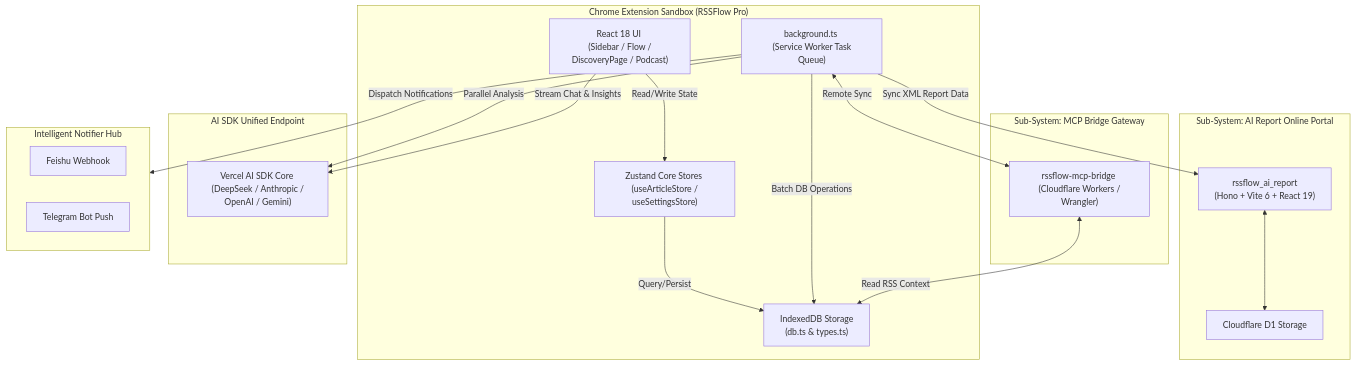
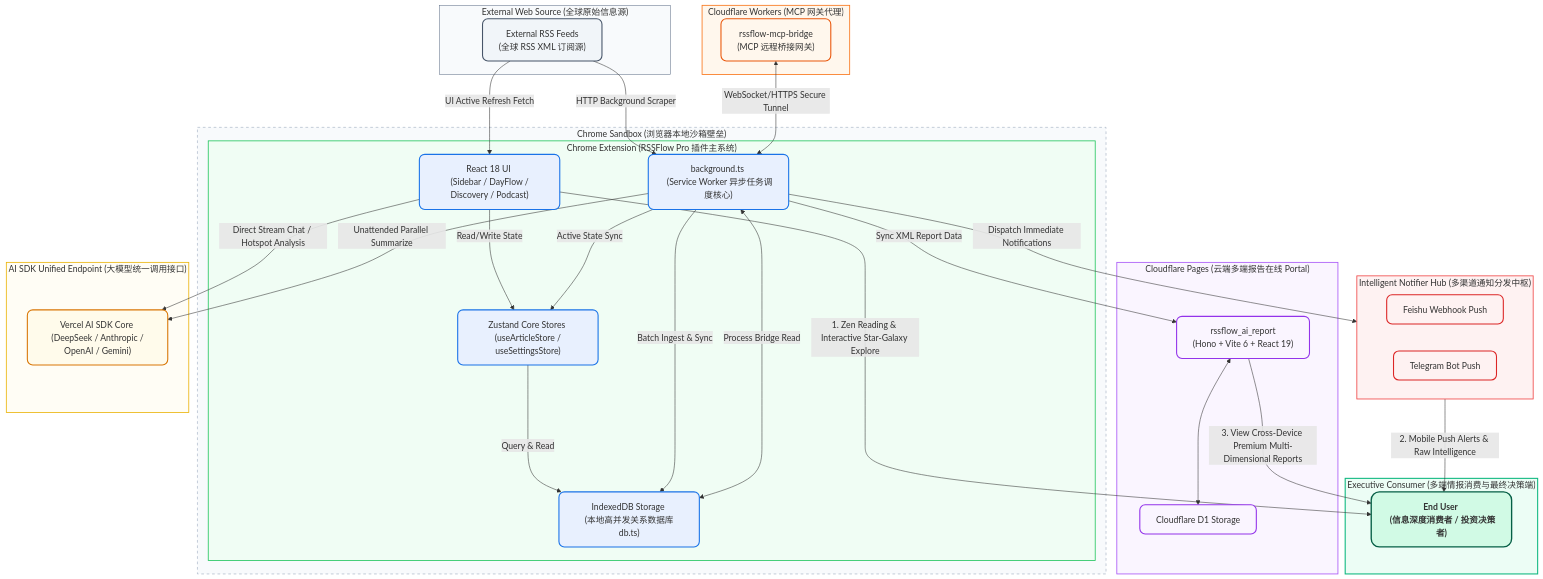
Before and after one commit to Pizone-ai/RSSFlow-doc: the diagram in docs/readme.md, drawn with Mermaid. The commit also changed other lines of this file, not shown here.

````diff
--- a/docs/readme.md
+++ b/docs/readme.md
@@ -56,38 +56,97 @@
 ```mermaid
 graph TD
-    subgraph Chrome_Sandbox ["Chrome Extension Sandbox (RSSFlow Pro)"]
-        UI["React 18 UI <br> (Sidebar / Flow / DiscoveryPage / Podcast)"]
-        Zustand["Zustand Core Stores <br> (useArticleStore / useSettingsStore)"]
-        Background["background.ts <br> (Service Worker Task Queue)"]
-        DB["IndexedDB Storage <br> (db.ts & types.ts)"]
+    subgraph Browser_Sandbox ["Chrome Sandbox (浏览器本地沙箱壁垒)"]
+        subgraph Chrome_Sandbox ["Chrome Extension (RSSFlow Pro 插件主系统)"]
+            UI["React 18 UI <br> (Sidebar / DayFlow / Discovery / Podcast)"]
+            Zustand["Zustand Core Stores <br> (useArticleStore / useSettingsStore)"]
+            Background["background.ts <br> (Service Worker 异步任务调度核心)"]
+            DB["IndexedDB Storage <br> (本地高并发关系数据库 db.ts)"]
+        end
     end
 
-    subgraph Report_Portal ["Sub-System: AI Report Online Portal"]
+    subgraph Report_Portal ["Cloudflare Pages (云端多端报告在线 Portal)"]
         HonoPortal["rssflow_ai_report <br> (Hono + Vite 6 + React 19)"]
         D1DB["Cloudflare D1 Storage"]
         HonoPortal <--> D1DB
     end
 
-    subgraph External_Gateway ["Sub-System: MCP Bridge Gateway"]
-        Wrangler["rssflow-mcp-bridge <br> (Cloudflare Workers / Wrangler)"]
+    subgraph External_Gateway ["Cloudflare Workers (MCP 网关代理)"]
+        Wrangler["rssflow-mcp-bridge <br> (MCP 远程桥接网关)"]
     end
 
-    subgraph LLM_Cloud ["AI SDK Unified Endpoint"]
+    subgraph LLM_Cloud ["AI SDK Unified Endpoint (大模型统一调用接口)"]
         AISDK["Vercel AI SDK Core <br> (DeepSeek / Anthropic / OpenAI / Gemini)"]
     end
 
-    subgraph Outbound_Push ["Intelligent Notifier Hub"]
-        Feishu["Feishu Webhook"]
+    subgraph Outbound_Push ["Intelligent Notifier Hub (多渠道通知分发中枢)"]
+        Feishu["Feishu Webhook Push"]
         Telegram["Telegram Bot Push"]
     end
 
+    subgraph External_Web ["External Web Source (全球原始信息源)"]
+        RSS_Feeds["External RSS Feeds <br> (全球 RSS XML 订阅源)"]
+    end
+
+    subgraph Executive_Consumer ["Executive Consumer (多端情报消费与最终决策端)"]
+        User["End User <br> (信息深度消费者 / 投资决策者)"]
+    end
+
+    %% 1. 本地沙箱内部流动 (Local Processing & Persistence)
     UI -->|Read/Write State| Zustand
-    Zustand -->|Query/Persist| DB
-    Background -->|Batch DB Operations| DB
-    Background -->|Parallel Analysis| AISDK
-    UI -->|Stream Chat & Insights| AISDK
-    Background -->|Dispatch Notifications| Outbound_Push
+    Zustand -->|Query & Read| DB
+    Background -->|Batch Ingest & Sync| DB
+    Background -->|Active State Sync| Zustand
+
+    %% 2. 数据源输入流 (Ingestion Pipeline)
+    RSS_Feeds -->|HTTP Background Scraper| Background
+    RSS_Feeds -->|UI Active Refresh Fetch| UI
+
+    %% 3. 大模型智能加工流 (AI Processing & Augmentation)
+    UI -->|Direct Stream Chat / Hotspot Analysis| AISDK
+    Background -->|Unattended Parallel Summarize| AISDK
+
+    %% 4. 分布式推送与云端发布流 (Distribution Network)
+    Background -->|Dispatch Immediate Notifications| Outbound_Push
     Background -->|Sync XML Report Data| HonoPortal
-    Background <-->|Remote Sync| Wrangler
-    Wrangler <-->|Read RSS Context| DB
+
+    %% 5. MCP 独立网关远程调用流 (Secure Network Communication)
+    Wrangler <-->|WebSocket/HTTPS Secure Tunnel| Background
+    Background <-->|Process Bridge Read| DB
+
+    %% 6. 情报闭环消费最后一公里 (Ultimate Decision Loop)
+    UI -->|1. Zen Reading & Interactive Star-Galaxy Explore| User
+    Outbound_Push -->|2. Mobile Push Alerts & Raw Intelligence| User
+    HonoPortal -->|3. View Cross-Device Premium Multi-Dimensional Reports| User
+
+    %% ==========================================
+    %% 🌟 PREMIUM AESTHETIC VISUAL STYLING 🌟
+    %% ==========================================
+    
+    %% Style Subgraph Boxes
+    style Browser_Sandbox fill:#F8FAFC,stroke:#94A3B8,stroke-width:1px,stroke-dasharray: 5 5;
+    style Chrome_Sandbox fill:#F0FDF4,stroke:#22C55E,stroke-width:1.5px;
+    style Report_Portal fill:#FAF5FF,stroke:#A855F7,stroke-width:1.5px;
+    style External_Gateway fill:#FFF7ED,stroke:#F97316,stroke-width:1.5px;
+    style LLM_Cloud fill:#FFFDF5,stroke:#EAB308,stroke-width:1.5px;
+    style Outbound_Push fill:#FEF2F2,stroke:#EF4444,stroke-width:1.5px;
+    style Executive_Consumer fill:#ECFDF5,stroke:#10B981,stroke-width:2px;
+    style External_Web fill:#F8FAFC,stroke:#64748B,stroke-width:1px;
+
+    %% Color Class Definitions for Nodes
+    classDef chrome fill:#E8F0FE,stroke:#1A73E8,stroke-width:2px,rx:10px,ry:10px;
+    classDef cloud fill:#FAF5FF,stroke:#9333EA,stroke-width:2px,rx:10px,ry:10px;
+    classDef mcp fill:#FFF7ED,stroke:#EA580C,stroke-width:2px,rx:10px,ry:10px;
+    classDef ai fill:#FFFBEB,stroke:#D97706,stroke-width:2px,rx:10px,ry:10px;
+    classDef push fill:#FEF2F2,stroke:#DC2626,stroke-width:2px,rx:10px,ry:10px;
+    classDef source fill:#F1F5F9,stroke:#475569,stroke-width:2px,rx:10px,ry:10px;
+    classDef consumer fill:#D1FAE5,stroke:#065F46,stroke-width:2.5px,font-weight:bold,rx:15px,ry:15px;
+
+    %% Apply Classes to Specific Nodes
+    class UI,Zustand,Background,DB chrome;
+    class HonoPortal,D1DB cloud;
+    class Wrangler mcp;
+    class AISDK ai;
+    class Feishu,Telegram push;
+    class RSS_Feeds source;
+    class User consumer;
 ```
````
